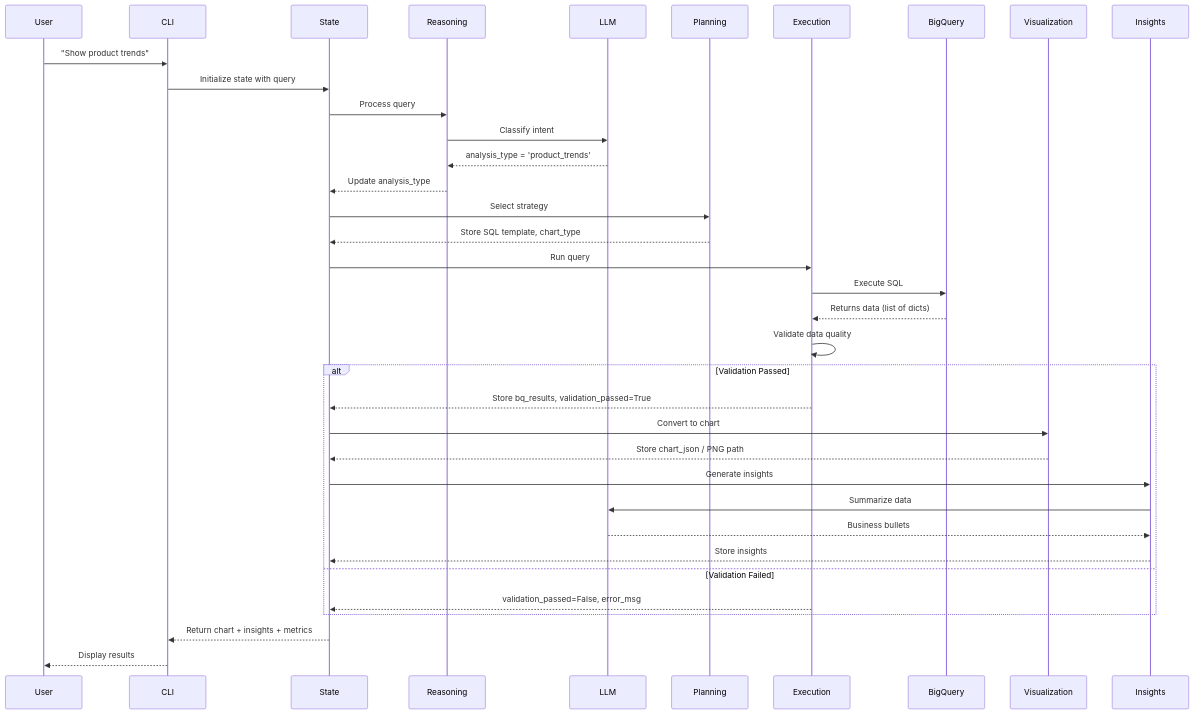
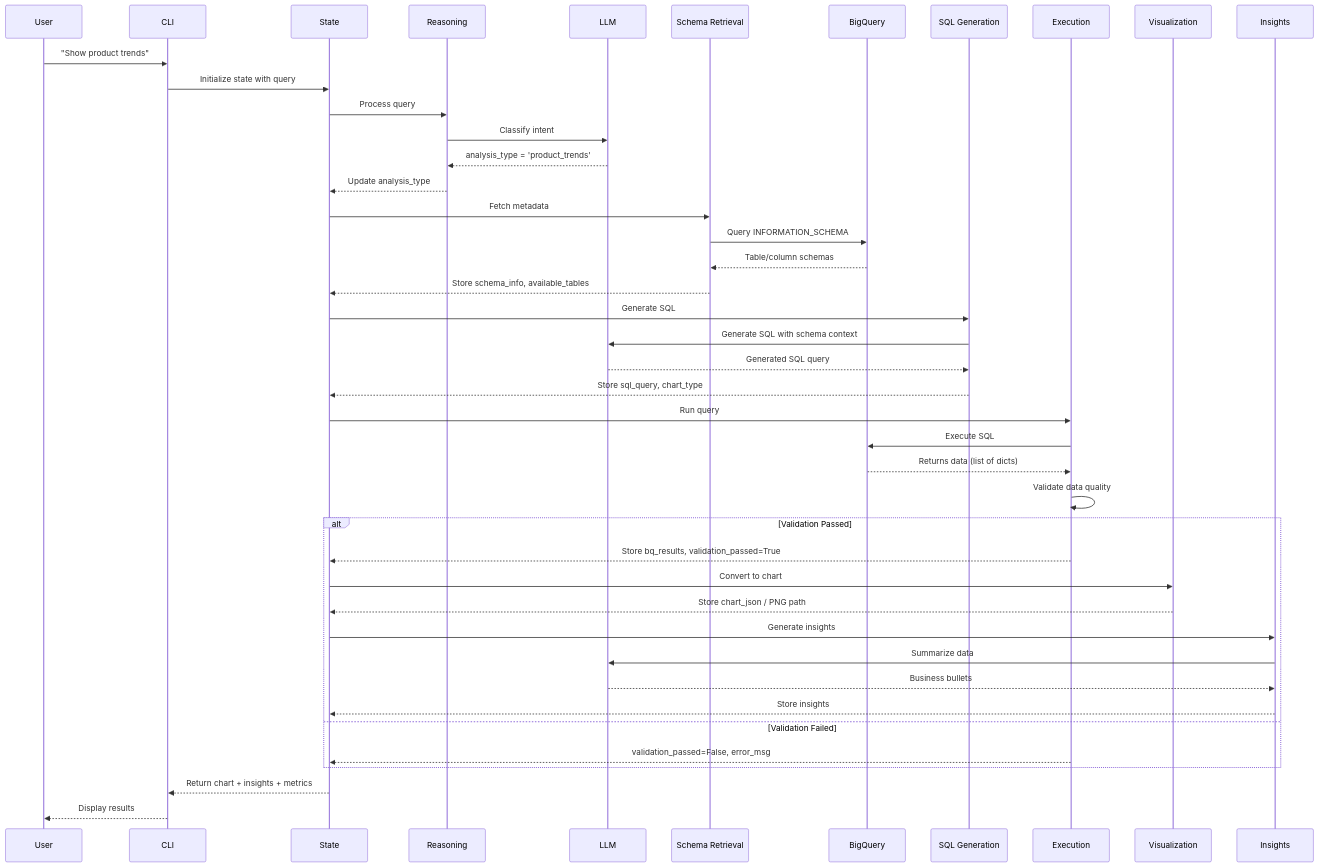
The diagram in README.md (AlcibiadesCleinias/Data-Analysis-LangGraph-Agent), drawn with Mermaid before and after one commit. The commit also changed other lines of this file and 13 other files, not shown here.

````diff
--- a/README.md
+++ b/README.md
@@ -39,28 +39,34 @@
 ```mermaid
 sequenceDiagram
     User->>CLI: "Show product trends"
     CLI->>State: Initialize state with query
     State->>Reasoning: Process query
     Reasoning->>LLM: Classify intent
     LLM-->>Reasoning: analysis_type = 'product_trends'
     Reasoning-->>State: Update analysis_type
-    State->>Planning: Select strategy
-    Planning-->>State: Store SQL template, chart_type
+    State->>Schema Retrieval: Fetch metadata
+    Schema Retrieval->>BigQuery: Query INFORMATION_SCHEMA
+    BigQuery-->>Schema Retrieval: Table/column schemas
+    Schema Retrieval-->>State: Store schema_info, available_tables
+    State->>SQL Generation: Generate SQL
+    SQL Generation->>LLM: Generate SQL with schema context
+    LLM-->>SQL Generation: Generated SQL query
+    SQL Generation-->>State: Store sql_query, chart_type
     State->>Execution: Run query
     Execution->>BigQuery: Execute SQL
     BigQuery-->>Execution: Returns data (list of dicts)
     Execution->>Execution: Validate data quality
     alt Validation Passed
         Execution-->>State: Store bq_results, validation_passed=True
         State->>Visualization: Convert to chart
         Visualization-->>State: Store chart_json / PNG path
         State->>Insights: Generate insights
         Insights->>LLM: Summarize data
         LLM-->>Insights: Business bullets
         Insights-->>State: Store insights
     else Validation Failed
         Execution-->>State: validation_passed=False, error_msg
     end
     State-->>CLI: Return chart + insights + metrics
     CLI-->>User: Display results
 ```
````
